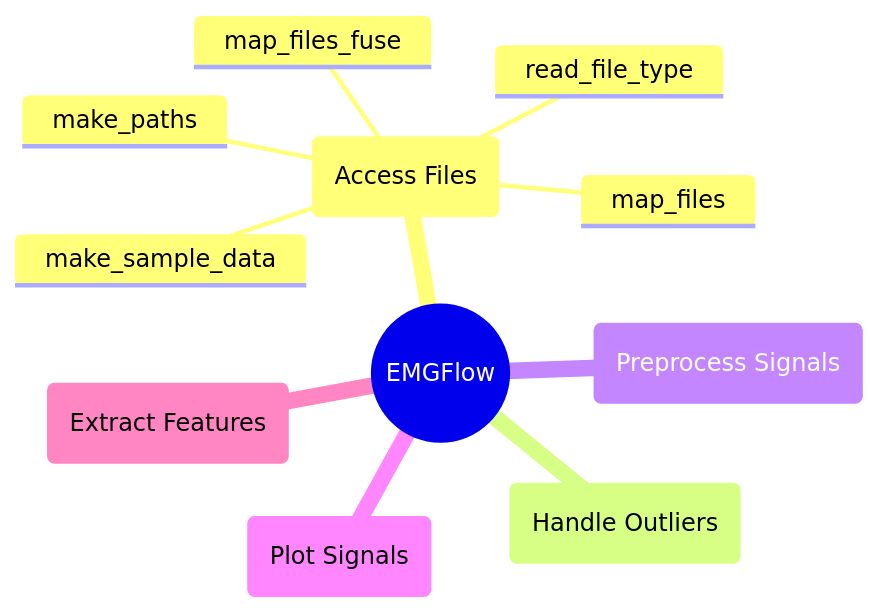
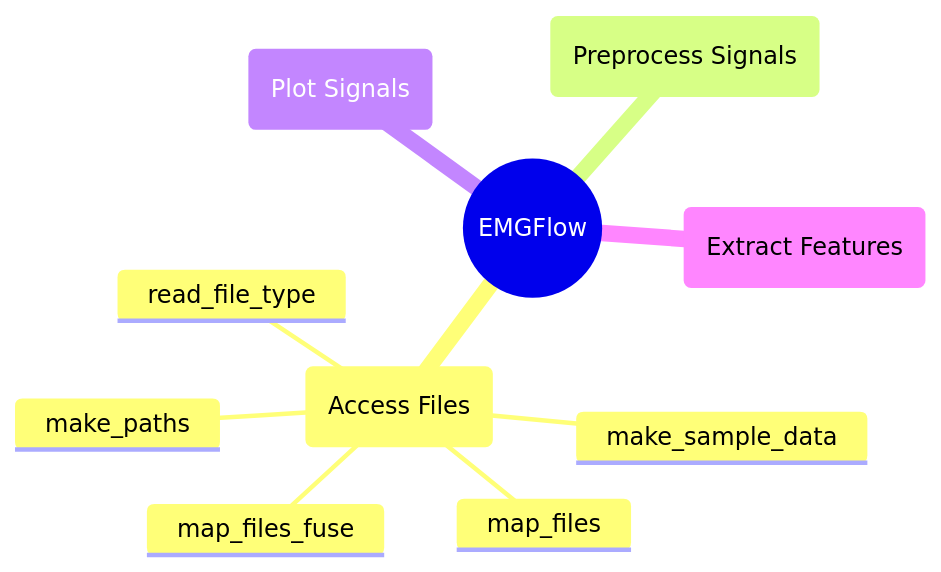
One commit to WiIIson/EMGFlow-Python-Package changed the diagram in docs/reference/access-files.md. Above: the diagram before and after it, drawn with Mermaid. The commit also changed 3 other files, not shown here.

First line of the commit message:
Updated module layout mindmap

````diff
--- a/docs/reference/access-files.md
+++ b/docs/reference/access-files.md
@@ -7,14 +7,13 @@
 ```mermaid
 mindmap
     root((EMGFlow))
         AF(Access Files)
             make_paths
             make_sample_data
             read_file_type
             map_files
             map_files_fuse
-        HO(Handle Outliers)
         PrS(Preprocess Signals)
         PlS(Plot Signals)
         EF(Extract Features)
 ```
````
